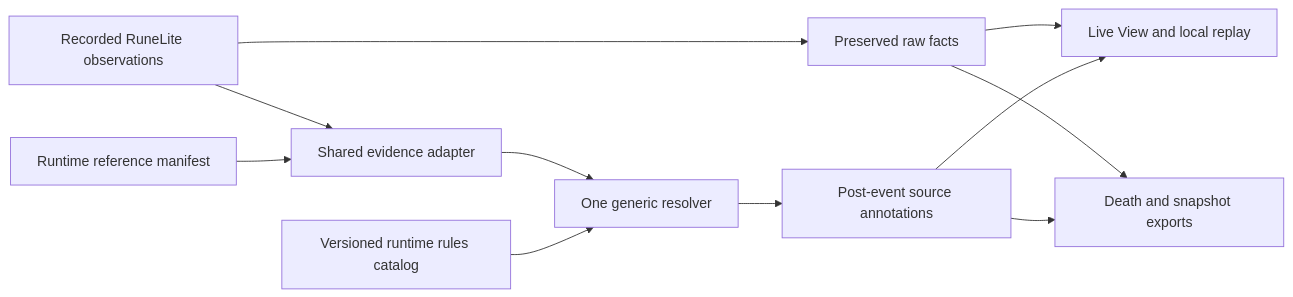
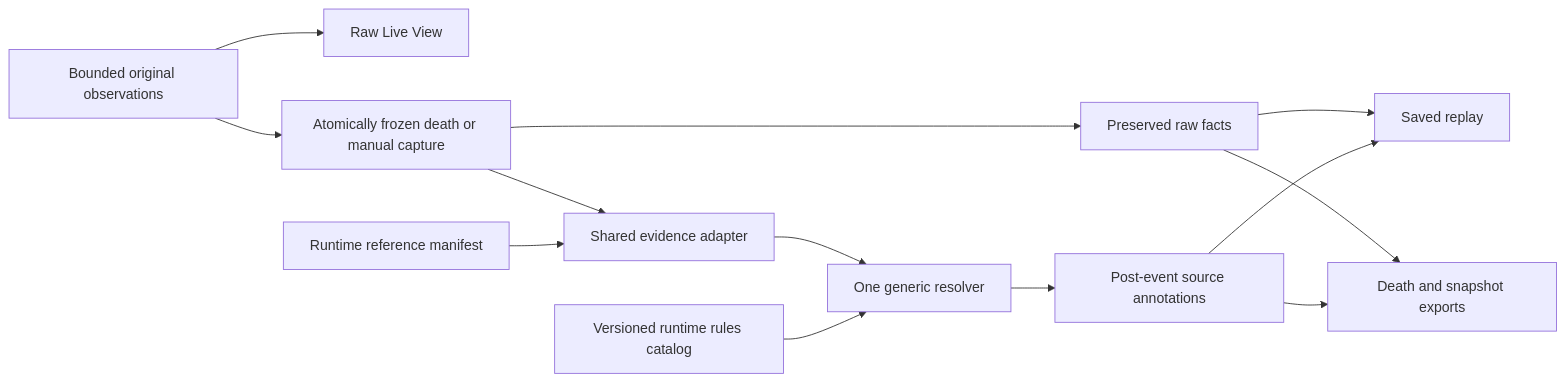
Before and after one commit to rstubbs94/tick-replay-logger: the diagram in docs/resolver-consolidation-plan.md, drawn with Mermaid. The commit also changed other lines of this file and 57 other files, not shown here.

Commit message:
Capture one raw window and resolve saved recordings in background

````diff
--- a/docs/resolver-consolidation-plan.md
+++ b/docs/resolver-consolidation-plan.md
@@ -46,13 +45,15 @@
 ```mermaid
 flowchart LR
-    A[Recorded RuneLite observations] --> B[Shared evidence adapter]
+    A[Bounded original observations] --> L[Raw Live View]
+    A --> W[Atomically frozen death or manual capture]
+    W --> B[Shared evidence adapter]
     R[Runtime reference manifest] --> B
     B --> C[One generic resolver]
     D[Versioned runtime rules catalog] --> C
     C --> E[Post-event source annotations]
-    A --> F[Preserved raw facts]
-    F --> G[Live View and local replay]
+    W --> F[Preserved raw facts]
+    F --> G[Saved replay]
     E --> G
     F --> H[Death and snapshot exports]
     E --> H
 ```
````
